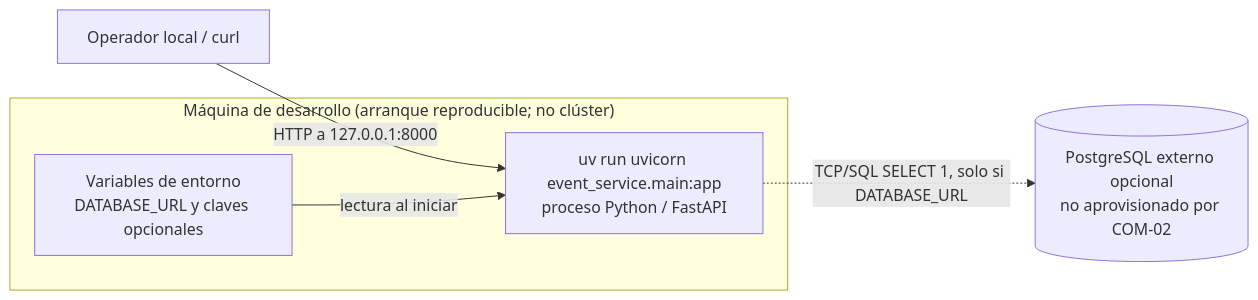
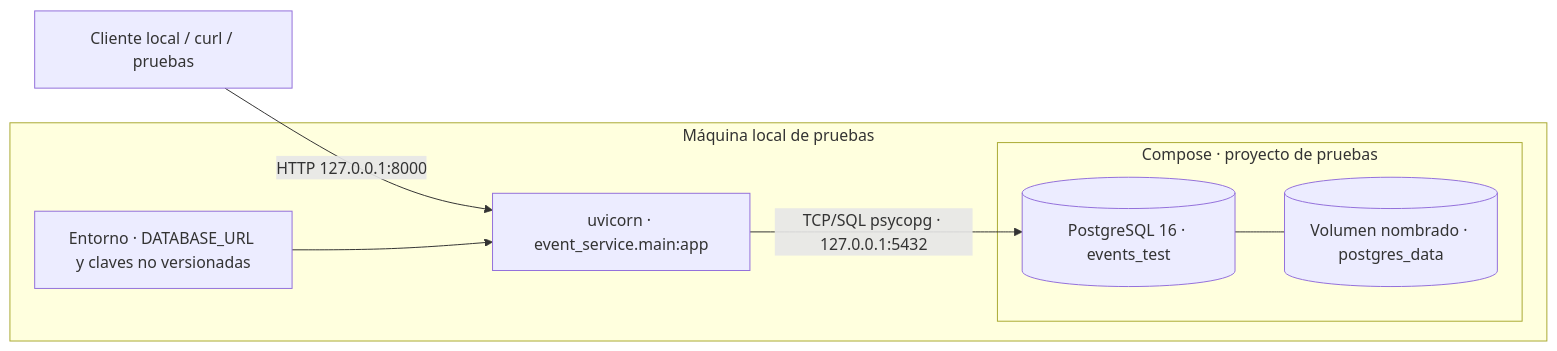
One commit to marchelo23/Proyecto-Final-Metricas-y-DevOps changed the diagram in docs/arquitectura/despliegue.md. Above: the diagram before and after it, drawn with Mermaid. The commit also changed other lines of this file and 11 other files, not shown here.

Commit message:
docs(COM-01): documentar MVP integrado y evidencia local

````diff
--- a/docs/arquitectura/despliegue.md
+++ b/docs/arquitectura/despliegue.md
@@ -5,11 +5,13 @@
 ```mermaid
 flowchart LR
-    operator["Operador local / curl"] -->|"HTTP a 127.0.0.1:8000"| app
-    subgraph host["Máquina de desarrollo (arranque reproducible; no clúster)"]
-        env["Variables de entorno<br/>DATABASE_URL y claves opcionales"]
-        app["uv run uvicorn event_service.main:app<br/>proceso Python / FastAPI"]
-        env -->|"lectura al iniciar"| app
+    client["Cliente local / curl / pruebas"] -->|"HTTP 127.0.0.1:8000"| app
+    subgraph host["Máquina local de pruebas"]
+        env["Entorno · DATABASE_URL y claves no versionadas"] --> app["uvicorn · event_service.main:app"]
+        subgraph compose["Compose · proyecto de pruebas"]
+            pg[("PostgreSQL 16 · events_test")]
+            volume[("Volumen nombrado · postgres_data")]
+            pg --- volume
+        end
+        app -->|"TCP/SQL psycopg · 127.0.0.1:5432"| pg
     end
-    db[("PostgreSQL externo opcional<br/>no aprovisionado por COM-02")]
-    app -.->|"TCP/SQL SELECT 1, solo si DATABASE_URL"| db
 ```
````
